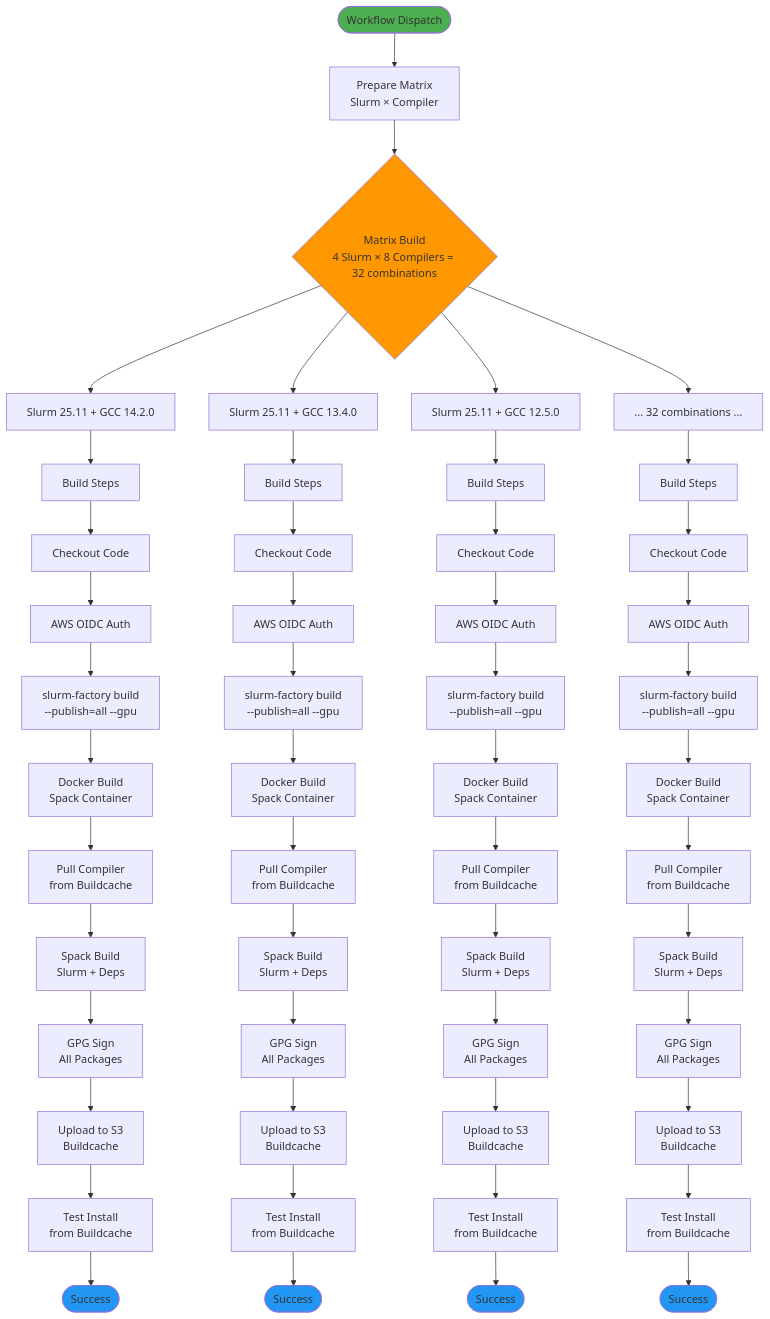
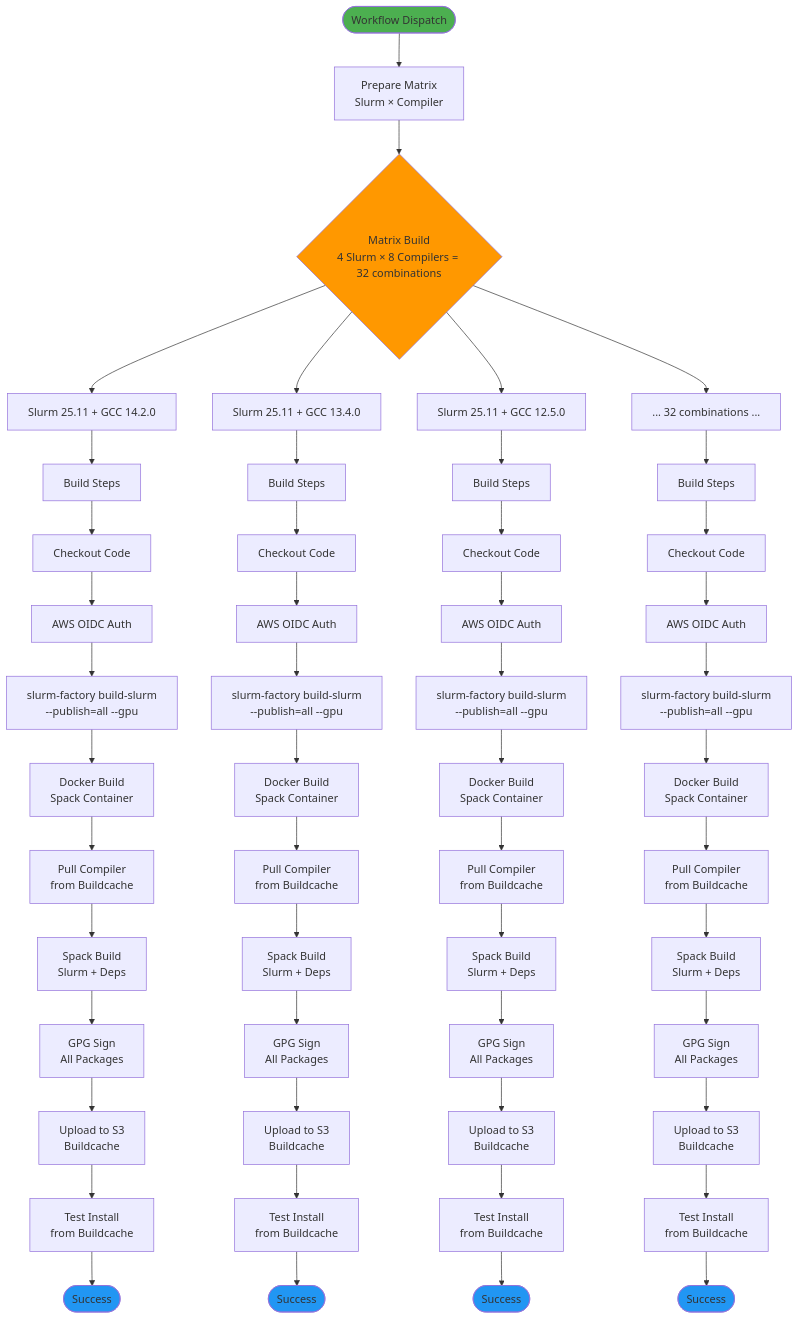
Before and after one commit to vantagecompute/slurm-factory: the second of 5 diagrams in docusaurus/docs/github-actions.md, drawn with Mermaid. The commit also changed other lines of this file and 61 other files, not shown here.

````diff
--- a/docusaurus/docs/github-actions.md
+++ b/docusaurus/docs/github-actions.md
@@ -190,73 +189,73 @@
 ```mermaid
 flowchart TD
     Start([Workflow Dispatch]) --> PrepareMatrix[Prepare Matrix<br/>Slurm × Compiler]
     
     PrepareMatrix --> Matrix{Matrix Build<br/>4 Slurm × 8 Compilers = 32 combinations}
     
     Matrix --> Build1[Slurm 25.11 + GCC 14.2.0]
     Matrix --> Build2[Slurm 25.11 + GCC 13.4.0]
     Matrix --> Build3[Slurm 25.11 + GCC 12.5.0]
     Matrix --> BuildN[... 32 combinations ...]
     
     Build1 --> Steps1[Build Steps]
     Build2 --> Steps2[Build Steps]
     Build3 --> Steps3[Build Steps]
     BuildN --> StepsN[Build Steps]
     
     Steps1 --> Checkout1[Checkout Code]
     Steps2 --> Checkout2[Checkout Code]
     Steps3 --> Checkout3[Checkout Code]
     StepsN --> CheckoutN[Checkout Code]
     
     Checkout1 --> OIDC1[AWS OIDC Auth]
     Checkout2 --> OIDC2[AWS OIDC Auth]
     Checkout3 --> OIDC3[AWS OIDC Auth]
     CheckoutN --> OIDCN[AWS OIDC Auth]
     
-    OIDC1 --> BuildSlurm1[slurm-factory build<br/>--publish=all --gpu]
-    OIDC2 --> BuildSlurm2[slurm-factory build<br/>--publish=all --gpu]
-    OIDC3 --> BuildSlurm3[slurm-factory build<br/>--publish=all --gpu]
-    OIDCN --> BuildSlurmN[slurm-factory build<br/>--publish=all --gpu]
+    OIDC1 --> BuildSlurm1[slurm-factory build-slurm<br/>--publish=all --gpu]
+    OIDC2 --> BuildSlurm2[slurm-factory build-slurm<br/>--publish=all --gpu]
+    OIDC3 --> BuildSlurm3[slurm-factory build-slurm<br/>--publish=all --gpu]
+    OIDCN --> BuildSlurmN[slurm-factory build-slurm<br/>--publish=all --gpu]
     
     BuildSlurm1 --> Docker1[Docker Build<br/>Spack Container]
     BuildSlurm2 --> Docker2[Docker Build<br/>Spack Container]
     BuildSlurm3 --> Docker3[Docker Build<br/>Spack Container]
     BuildSlurmN --> DockerN[Docker Build<br/>Spack Container]
     
     Docker1 --> CompilerCache1[Pull Compiler<br/>from Buildcache]
     Docker2 --> CompilerCache2[Pull Compiler<br/>from Buildcache]
     Docker3 --> CompilerCache3[Pull Compiler<br/>from Buildcache]
     DockerN --> CompilerCacheN[Pull Compiler<br/>from Buildcache]
     
     CompilerCache1 --> SpackBuild1[Spack Build<br/>Slurm + Deps]
     CompilerCache2 --> SpackBuild2[Spack Build<br/>Slurm + Deps]
     CompilerCache3 --> SpackBuild3[Spack Build<br/>Slurm + Deps]
     CompilerCacheN --> SpackBuildN[Spack Build<br/>Slurm + Deps]
     
     SpackBuild1 --> Sign1[GPG Sign<br/>All Packages]
     SpackBuild2 --> Sign2[GPG Sign<br/>All Packages]
     SpackBuild3 --> Sign3[GPG Sign<br/>All Packages]
     SpackBuildN --> SignN[GPG Sign<br/>All Packages]
     
     Sign1 --> Upload1[Upload to S3<br/>Buildcache]
     Sign2 --> Upload2[Upload to S3<br/>Buildcache]
     Sign3 --> Upload3[Upload to S3<br/>Buildcache]
     SignN --> UploadN[Upload to S3<br/>Buildcache]
     
     Upload1 --> Test1[Test Install<br/>from Buildcache]
     Upload2 --> Test2[Test Install<br/>from Buildcache]
     Upload3 --> Test3[Test Install<br/>from Buildcache]
     UploadN --> TestN[Test Install<br/>from Buildcache]
     
     Test1 --> End1([Success])
     Test2 --> End2([Success])
     Test3 --> End3([Success])
     TestN --> EndN([Success])
     
     style Start fill:#4CAF50
     style End1 fill:#2196F3
     style End2 fill:#2196F3
     style End3 fill:#2196F3
     style EndN fill:#2196F3
     style Matrix fill:#FF9800
 ```
````
